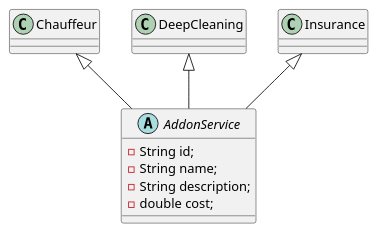
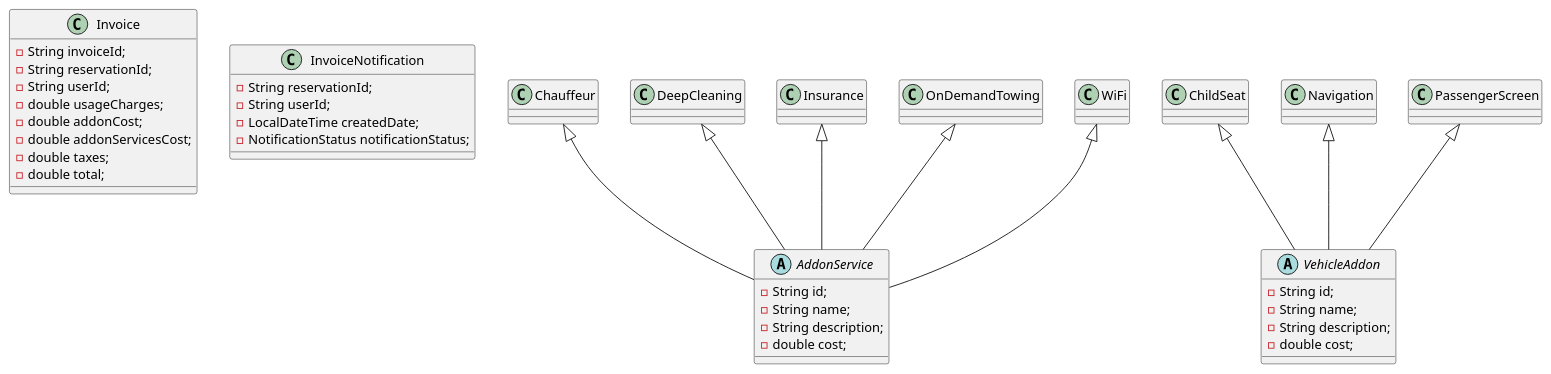
The diagram in src/main/resources/Reservation.puml (gopalbala/carrental), drawn with PlantUML before and after one commit.

Commit message:
updated Reservation.puml with additional classes

```diff
--- a/src/main/resources/Reservation.puml
+++ b/src/main/resources/Reservation.puml
@@ -1,22 +1,60 @@
 @startuml
+class Invoice {
+-String invoiceId;
+-String reservationId;
+-String userId;
+-double usageCharges;
+-double addonCost;
+-double addonServicesCost;
+-double taxes;
+-double total;
+}
+
+class InvoiceNotification {
+-String reservationId;
+-String userId;
+-LocalDateTime createdDate;
+-NotificationStatus notificationStatus;
+}
 
 abstract class AddonService {
 -String id;
 -String name;
 -String description;
 -double cost;
 }
 
 class Chauffeur {
 }
 class DeepCleaning{
 }
 class Insurance{
 }
-
+class OnDemandTowing{
+}
+class WiFi{
+}
 Chauffeur <|-- AddonService
 DeepCleaning <|-- AddonService
 Insurance <|-- AddonService
+OnDemandTowing <|-- AddonService
+WiFi <|-- AddonService
+
+abstract class VehicleAddon {
+-String id;
+-String name;
+-String description;
+-double cost;
+}
+class ChildSeat{
+}
+class Navigation{
+}
+class PassengerScreen{
+}
+ChildSeat <|-- VehicleAddon
+Navigation <|-- VehicleAddon
+PassengerScreen <|-- VehicleAddon
 
 
 @enduml
```
